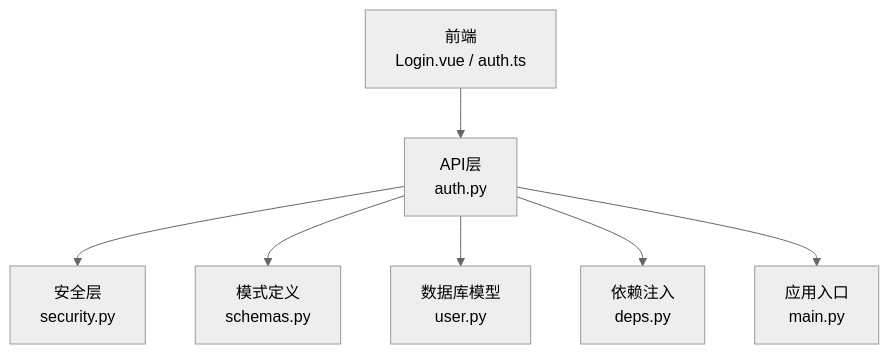
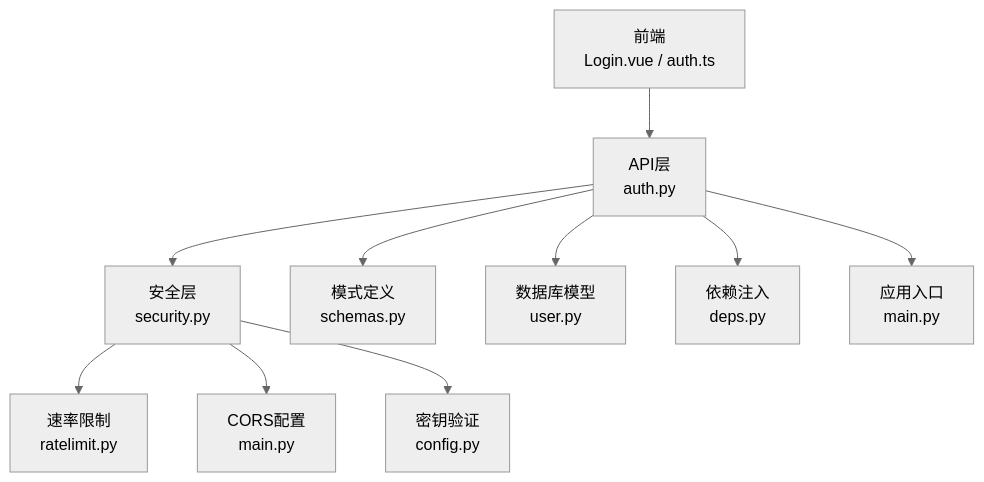
The first of 8 diagrams in .qoder/repowiki/zh/content/后端API文档/认证授权API.md (vu1Art1st/talos), drawn with Mermaid (neutral theme) before and after one commit. The commit also changed other lines of this file and 132 other files, not shown here.

````diff
--- a/.qoder/repowiki/zh/content/后端API文档/认证授权API.md
+++ b/.qoder/repowiki/zh/content/后端API文档/认证授权API.md
@@ -39,9 +49,12 @@
 ```mermaid
 graph TB
 FE["前端<br/>Login.vue / auth.ts"] --> API["API层<br/>auth.py"]
 API --> SEC["安全层<br/>security.py"]
 API --> SCH["模式定义<br/>schemas.py"]
 API --> DB["数据库模型<br/>user.py"]
 API --> DEP["依赖注入<br/>deps.py"]
 API --> APP["应用入口<br/>main.py"]
+SEC --> RATE["速率限制<br/>ratelimit.py"]
+SEC --> CORS["CORS配置<br/>main.py"]
+SEC --> KEY["密钥验证<br/>config.py"]
 ```
````
